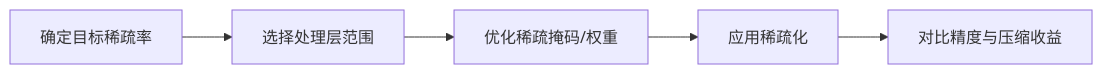
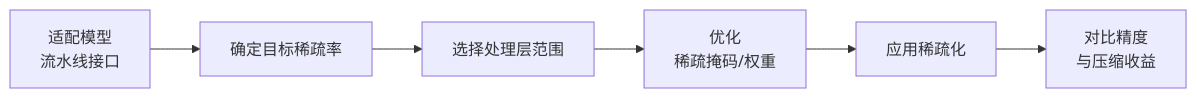
The diagram in msmodelslim/docs/zh/knowledge_base/quantization_algorithms/float_sparse/usage_float_sparse.md (mindstudio-docs/master), drawn with Mermaid before and after one commit. The commit also changed other lines of this file and 235 other files, not shown here.

````diff
--- a/msmodelslim/docs/zh/knowledge_base/quantization_algorithms/float_sparse/usage_float_sparse.md
+++ b/msmodelslim/docs/zh/knowledge_base/quantization_algorithms/float_sparse/usage_float_sparse.md
@@ -24,7 +21,8 @@
 ```mermaid
 flowchart LR
-    A[确定目标稀疏率] --> B[选择处理层范围]
-    B[选择处理层范围] --> C[优化稀疏掩码/权重]
-    C[优化稀疏掩码/权重] --> D[应用稀疏化]
-    D[应用稀疏化] --> E[对比精度与压缩收益]
+    A[适配模型<br/>流水线接口] --> B[确定目标稀疏率]
+    B --> C[选择处理层范围]
+    C --> D[优化<br/>稀疏掩码/权重]
+    D --> E[应用稀疏化]
+    E --> F[对比精度<br/>与压缩收益]
 ```
````
